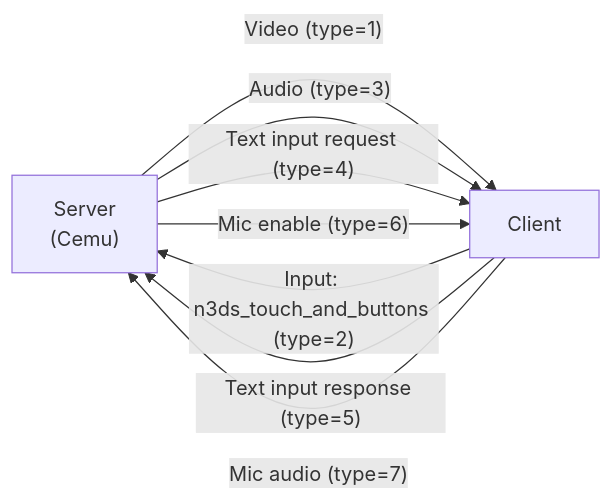
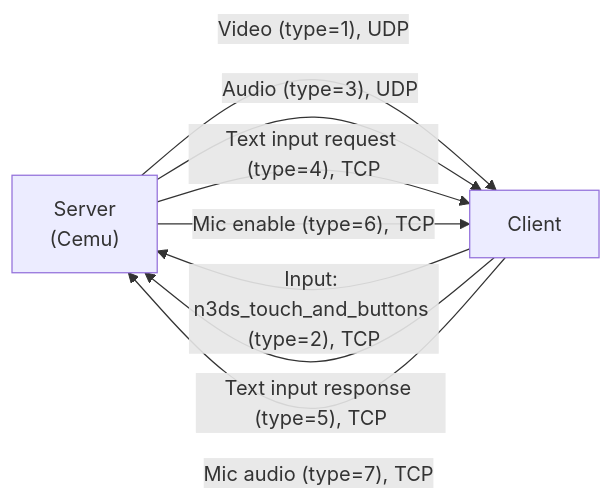
The fourth of 4 diagrams in docs/protocol.md (alwe2710/Unison), drawn with Mermaid before and after one commit. The commit also changed other lines of this file and 4 other files, not shown here.

````diff
--- a/docs/protocol.md
+++ b/docs/protocol.md
@@ -183,10 +188,10 @@
 ```mermaid
 flowchart LR
-    S["Server<br/>(Cemu)"] -- "Video (type=1)" --> C[Client]
-    S -- "Audio (type=3)" --> C
-    S -- "Text input request (type=4)" --> C
-    S -- "Mic enable (type=6)" --> C
-    C -- "Input: n3ds_touch_and_buttons (type=2)" --> S
-    C -- "Text input response (type=5)" --> S
-    C -- "Mic audio (type=7)" --> S
+    S["Server<br/>(Cemu)"] -- "Video (type=1), UDP" --> C[Client]
+    S -- "Audio (type=3), UDP" --> C
+    S -- "Text input request (type=4), TCP" --> C
+    S -- "Mic enable (type=6), TCP" --> C
+    C -- "Input: n3ds_touch_and_buttons (type=2), TCP" --> S
+    C -- "Text input response (type=5), TCP" --> S
+    C -- "Mic audio (type=7), TCP" --> S
 ```
````
